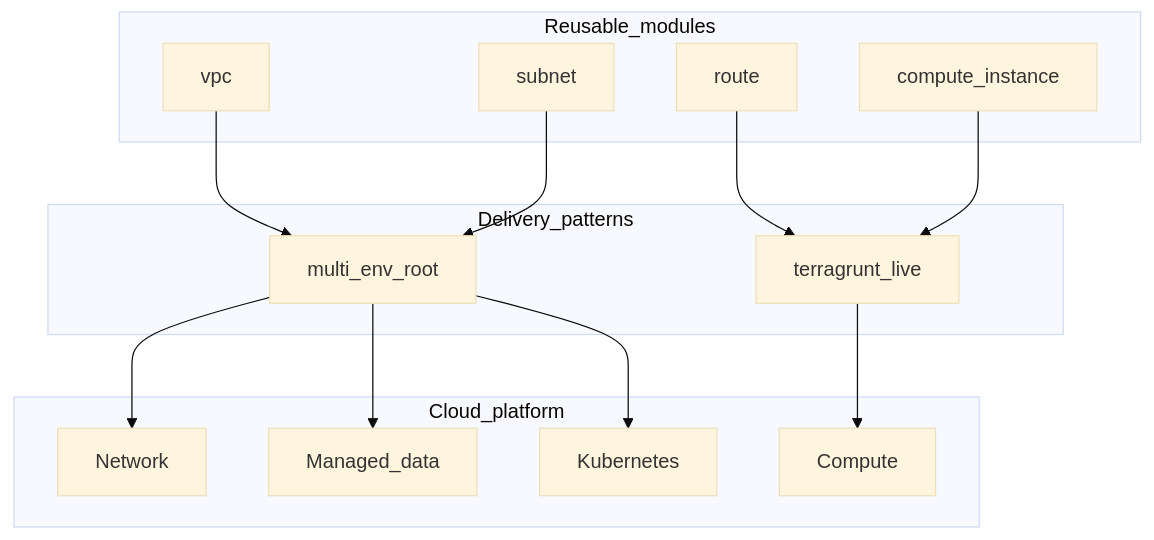
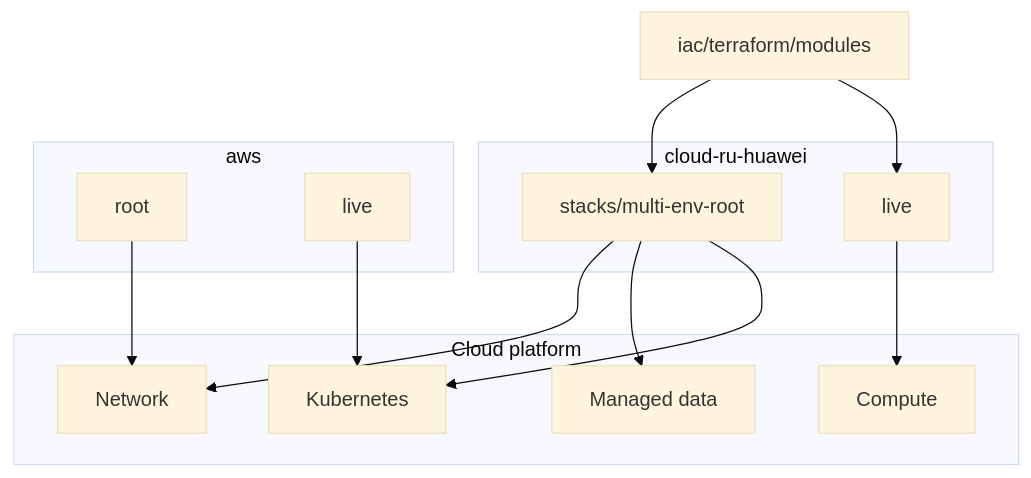
One commit to NarberallGamma/narberall-platform-engineer-lab changed the diagram in diagrams/case-studies/02-cloud-platform-turnkey.md. Above: the diagram before and after it, drawn with Mermaid (base theme). The commit also changed other lines of this file and 401 other files, not shown here.

````diff
--- a/diagrams/case-studies/02-cloud-platform-turnkey.md
+++ b/diagrams/case-studies/02-cloud-platform-turnkey.md
@@ -3,27 +3,26 @@
 ```mermaid
 flowchart TB
-  subgraph modules [Reusable_modules]
-    Vpc[vpc]
-    Subnet[subnet]
-    Route[route]
-    Compute[compute_instance]
+  Mods[iac/terraform/modules]
+  subgraph huawei [cloud-ru-huawei]
+    MultiEnv[stacks/multi-env-root]
+    TgLive[live]
   end
-  subgraph patterns [Delivery_patterns]
-    MultiEnv[multi_env_root]
-    TgLive[terragrunt_live]
+  subgraph awsfold [aws]
+    Root[root]
+    Live[live]
   end
-  subgraph cloud [Cloud_platform]
+  subgraph platform [Cloud platform]
     Net[Network]
     Vm[Compute]
-    Data[Managed_data]
+    Data[Managed data]
     K8s[Kubernetes]
   end
-  Vpc --> MultiEnv
-  Subnet --> MultiEnv
-  Route --> TgLive
-  Compute --> TgLive
+  Mods --> MultiEnv
+  Mods --> TgLive
   MultiEnv --> Net
-  TgLive --> Vm
   MultiEnv --> Data
   MultiEnv --> K8s
+  TgLive --> Vm
+  Root --> Net
+  Live --> K8s
 ```
````
